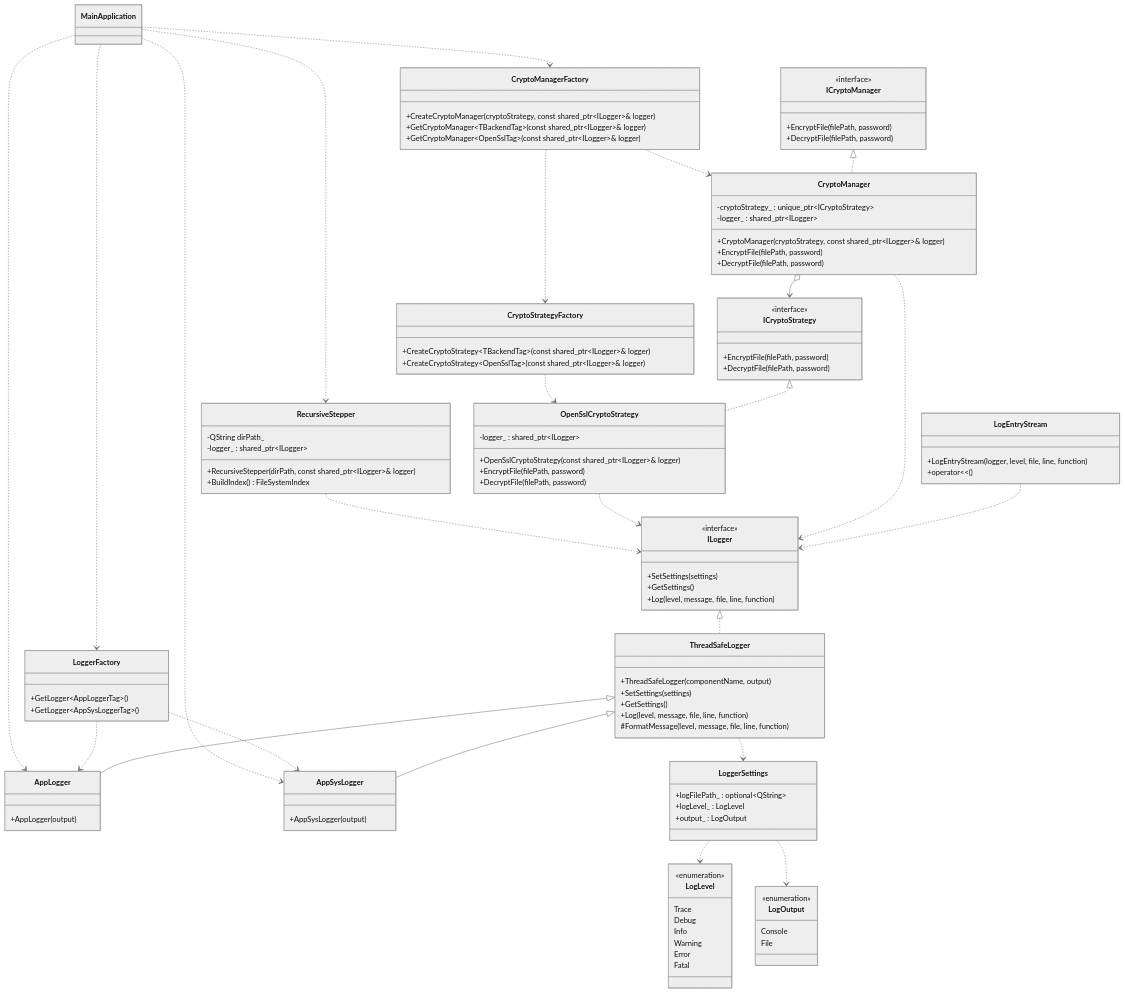
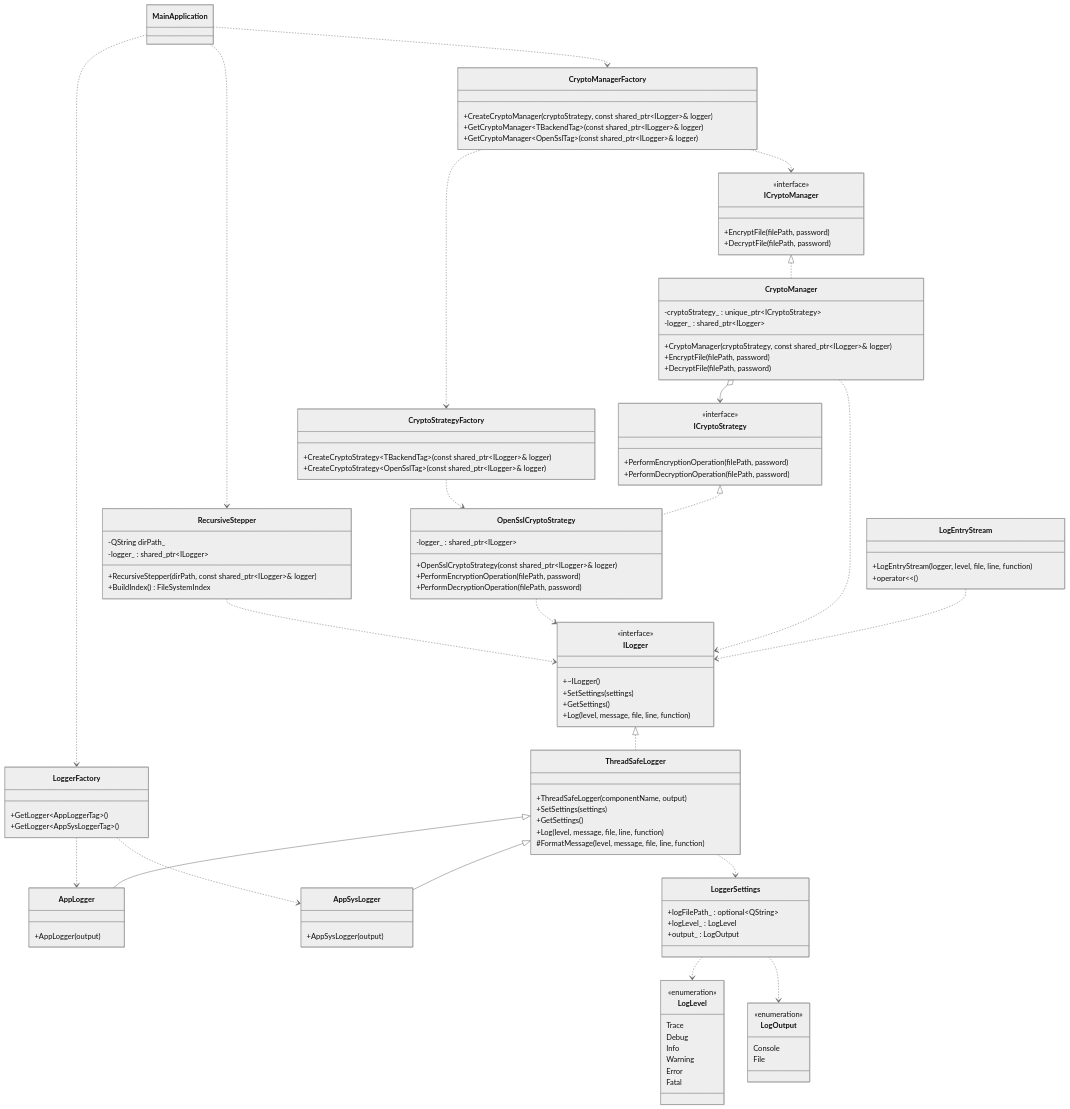
The diagram in README.md (artoshechka/development_of_information_security_tools), drawn with Mermaid (neutral theme) before and after one commit. The commit also changed other lines of this file, not shown here.

````diff
--- a/README.md
+++ b/README.md
@@ -58,6 +21,7 @@
 
     class ILogger {
         <<interface>>
+        +~ILogger()
         +SetSettings(settings)
         +GetSettings()
         +Log(level, message, file, line, function)
@@ -113,15 +77,15 @@
 
     class ICryptoStrategy {
         <<interface>>
-        +EncryptFile(filePath, password)
-        +DecryptFile(filePath, password)
+        +PerformEncryptionOperation(filePath, password)
+        +PerformDecryptionOperation(filePath, password)
     }
 
     class OpenSslCryptoStrategy {
         -logger_ : shared_ptr~ILogger~
         +OpenSslCryptoStrategy(const shared_ptr~ILogger~& logger)
-        +EncryptFile(filePath, password)
-        +DecryptFile(filePath, password)
+        +PerformEncryptionOperation(filePath, password)
+        +PerformDecryptionOperation(filePath, password)
     }
 
     class ICryptoManager {
@@ -174,12 +138,10 @@
     RecursiveStepper ..> ILogger
 
     MainApplication ..> LoggerFactory
-    MainApplication ..> AppLogger
-    MainApplication ..> AppSysLogger
     MainApplication ..> CryptoManagerFactory
     MainApplication ..> RecursiveStepper
 
     CryptoManagerFactory ..> CryptoStrategyFactory
-    CryptoManagerFactory ..> CryptoManager
+    CryptoManagerFactory ..> ICryptoManager
     CryptoStrategyFactory ..> OpenSslCryptoStrategy
 ```
````
